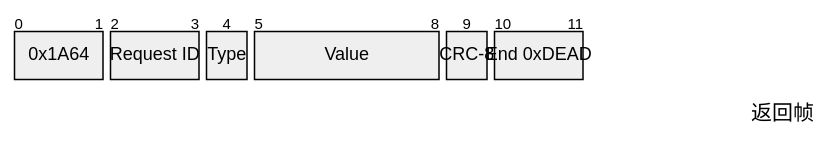
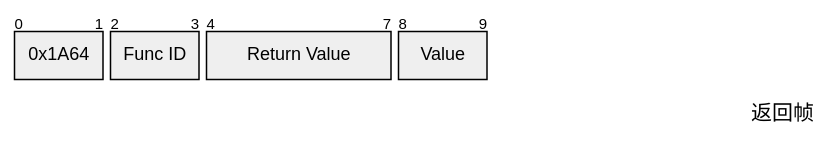
Before and after one commit to ttwards/motor: the second of 5 diagrams in Documents/interlink/aresLink_UART.md, drawn with Mermaid. The commit also changed other lines of this file, not shown here.

````diff
--- a/Documents/interlink/aresLink_UART.md
+++ b/Documents/interlink/aresLink_UART.md
@@ -18,10 +15,8 @@
    ```mermaid
    packet-beta
    title 返回帧
    0-1: "0x1A64"
-   2-3: "Request ID"
-   4: "Type"
-   5-8: "Value"
-   9: "CRC-8"
-   10-11: "End 0xDEAD"
+   2-3: "Func ID"
+   4-7: "Return Value"
+   8-9: "Value"
    ```
````
